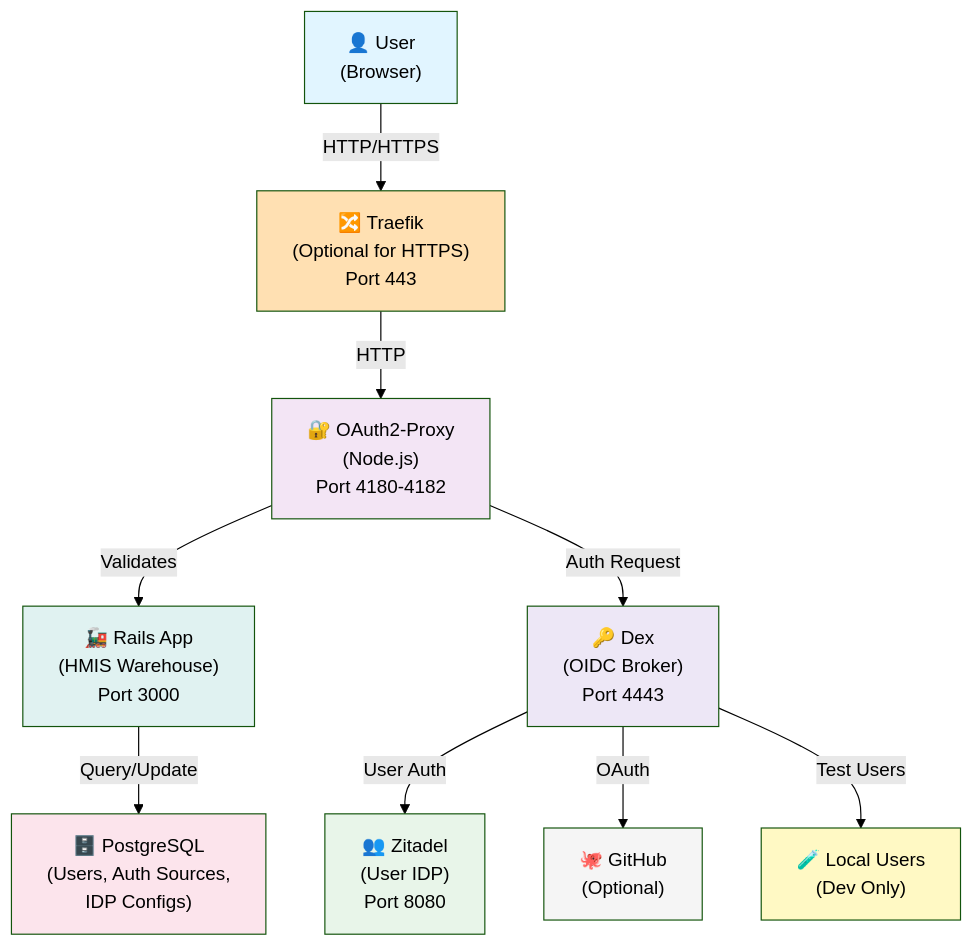
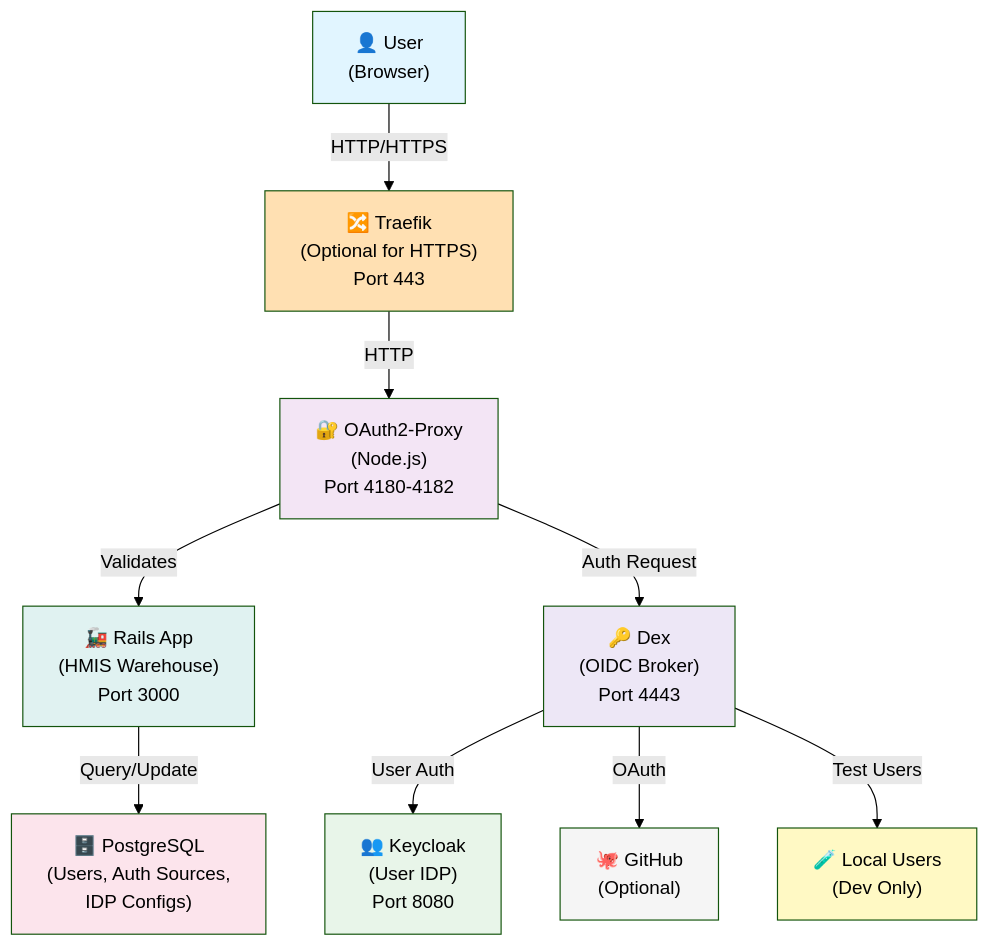
The first of 8 diagrams in docs/architecture/authentication-diagrams.md (greenriver/hmis-warehouse), drawn with Mermaid (forest theme) before and after one commit. The commit also changed other lines of this file and 7 other files, not shown here.

````diff
--- a/docs/architecture/authentication-diagrams.md
+++ b/docs/architecture/authentication-diagrams.md
@@ -5,35 +5,35 @@
 ```mermaid
 graph TB
     User["👤 User<br/>(Browser)"]
     Traefik["🔀 Traefik<br/>(Optional for HTTPS)<br/>Port 443"]
     O2P["🔐 OAuth2-Proxy<br/>(Node.js)<br/>Port 4180-4182"]
     Dex["🔑 Dex<br/>(OIDC Broker)<br/>Port 4443"]
 
-    Zitadel["👥 Zitadel<br/>(User IDP)<br/>Port 8080"]
+    Keycloak["👥 Keycloak<br/>(User IDP)<br/>Port 8080"]
     GitHub["🐙 GitHub<br/>(Optional)"]
     LocalAuth["🧪 Local Users<br/>(Dev Only)"]
 
     Rails["🚂 Rails App<br/>(HMIS Warehouse)<br/>Port 3000"]
     DB["🗄️ PostgreSQL<br/>(Users, Auth Sources,<br/>IDP Configs)"]
 
     User -->|HTTP/HTTPS| Traefik
     Traefik -->|HTTP| O2P
     O2P -->|Validates| Rails
     O2P -->|Auth Request| Dex
 
-    Dex -->|User Auth| Zitadel
+    Dex -->|User Auth| Keycloak
     Dex -->|OAuth| GitHub
     Dex -->|Test Users| LocalAuth
 
     Rails -->|Query/Update| DB
 
     style User fill:#e1f5ff
     style Traefik fill:#ffe0b2
     style O2P fill:#f3e5f5
     style Dex fill:#ede7f6
-    style Zitadel fill:#e8f5e9
+    style Keycloak fill:#e8f5e9
     style GitHub fill:#f5f5f5
     style LocalAuth fill:#fff9c4
     style Rails fill:#e0f2f1
     style DB fill:#fce4ec
 ```
````
